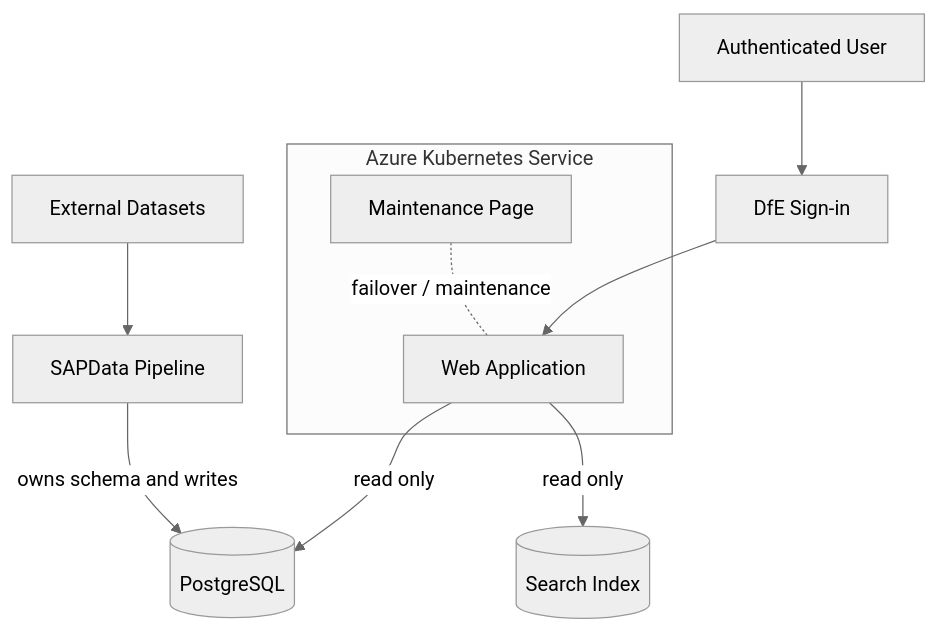
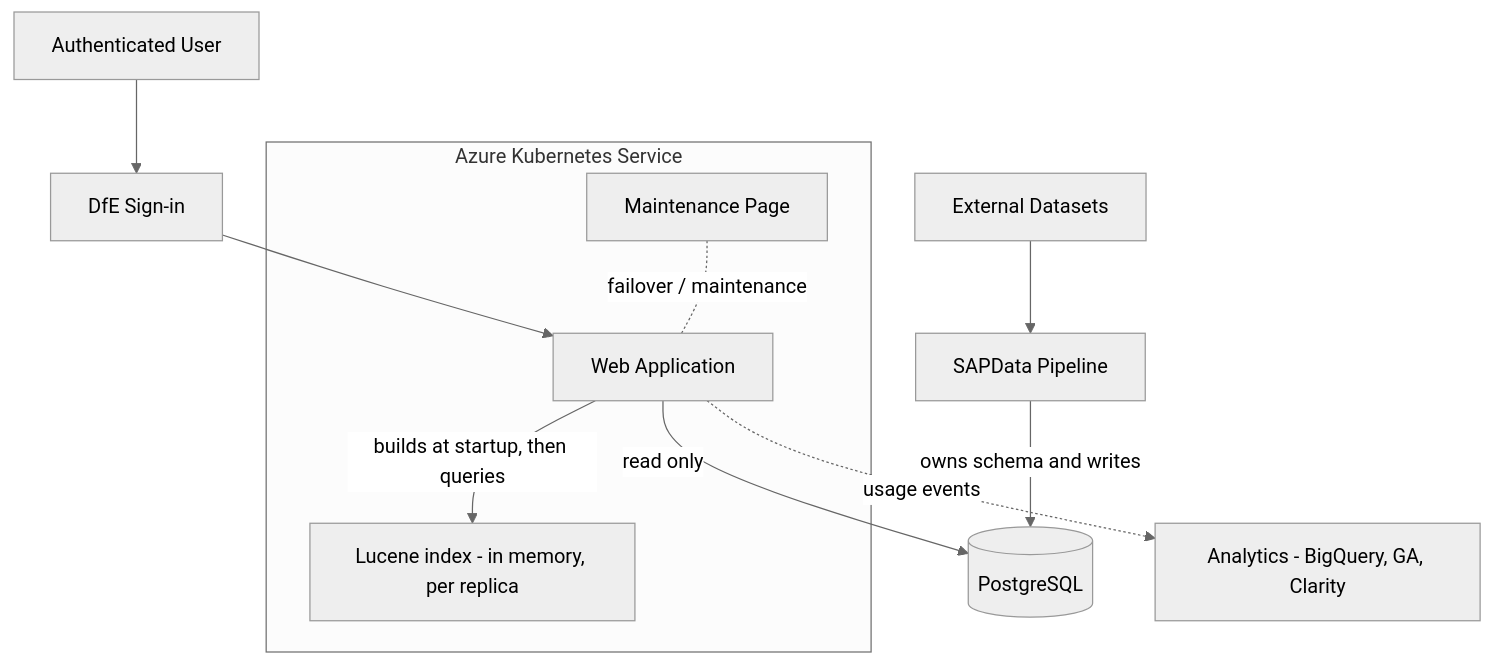
The second of 3 diagrams in docs/architecture/high-level-design.md (DFE-Digital/sap-sector), drawn with Mermaid (neutral theme) before and after one commit. The commit also changed other lines of this file and 4 other files, not shown here.

````diff
--- a/docs/architecture/high-level-design.md
+++ b/docs/architecture/high-level-design.md
@@ -354,26 +372,28 @@
 ```mermaid
 flowchart TB
     user[Authenticated User]
     dsi[DfE Sign-in]
 
     subgraph aks[Azure Kubernetes Service]
         web[Web Application]
+        search[Lucene index - in memory, per replica]
         maintenance[Maintenance Page]
     end
 
     pg[(PostgreSQL)]
-    search[(Search Index)]
     pipeline[SAPData Pipeline]
     ext[External Datasets]
+    analytics[Analytics - BigQuery, GA, Clarity]
 
     user --> dsi
     dsi --> web
     web -->|read only| pg
-    web -->|read only| search
+    web -->|builds at startup, then queries| search
+    web -.->|usage events| analytics
 
     ext --> pipeline
     pipeline -->|owns schema and writes| pg
     
 
     maintenance -. failover / maintenance .- web
 ```
````
